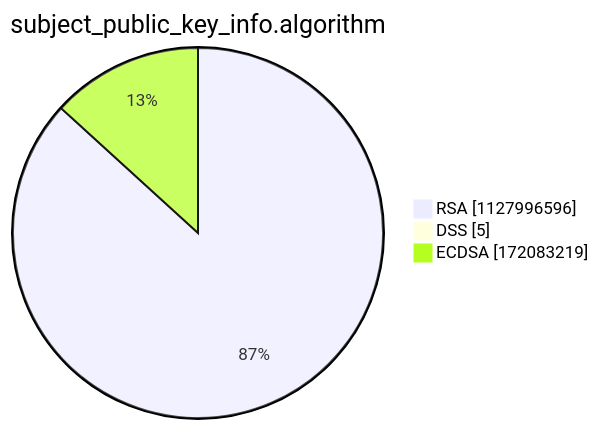
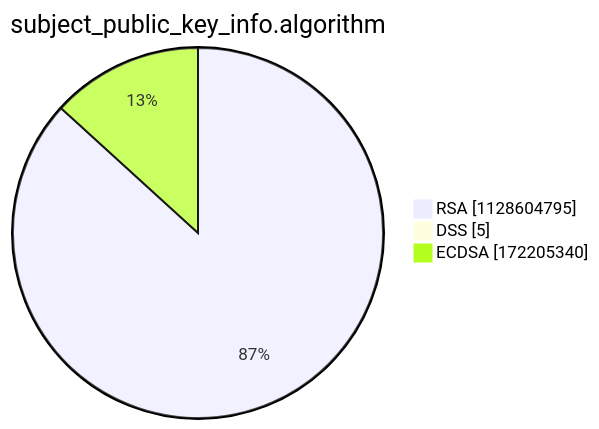
One commit to christiankrug/ctmonitor_visualization changed the third of 15 diagrams in argon2022/README.md. Above: the diagram before and after it, drawn with Mermaid. The commit also changed other lines of this file, not shown here.

````diff
--- a/argon2022/README.md
+++ b/argon2022/README.md
@@ -14,7 +14,7 @@
 ```mermaid
 pie showData
 title subject_public_key_info.algorithm
-"RSA" :1127996596
+"RSA" :1128604795
 "DSS" :5
-"ECDSA" :172083219
+"ECDSA" :172205340
 ```
````
